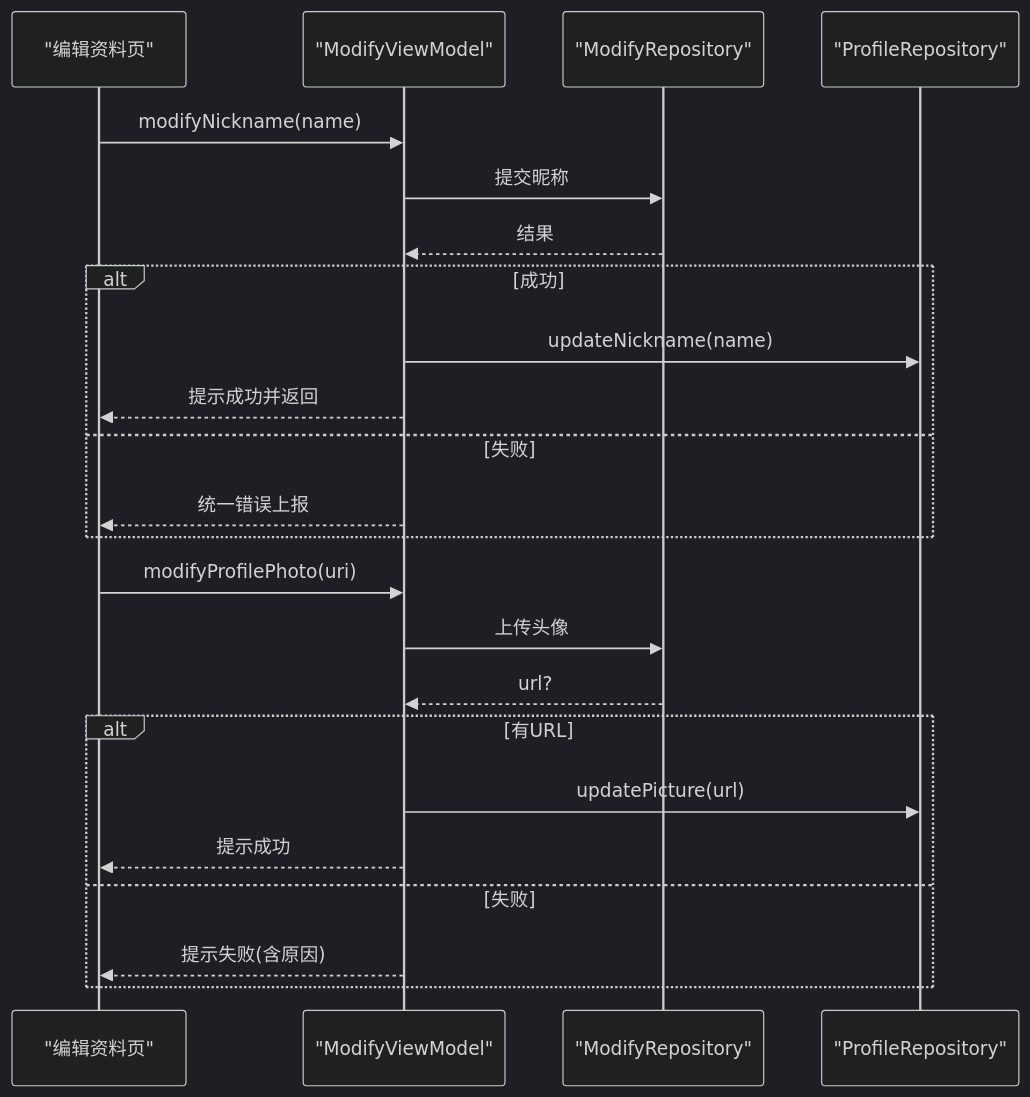
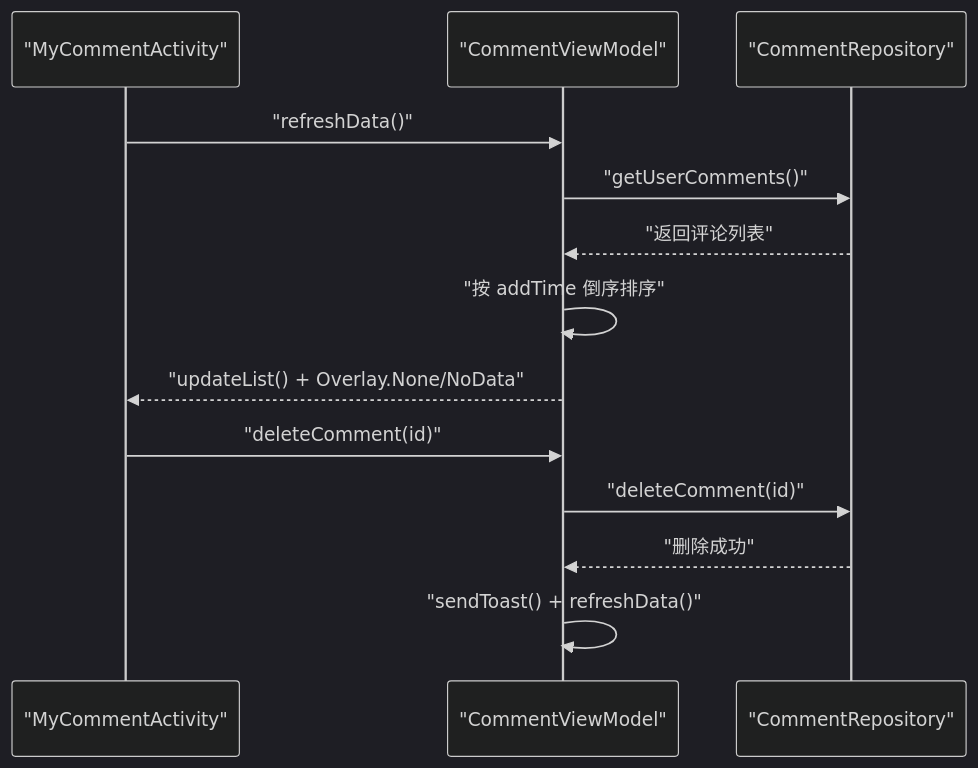
Before and after one commit to xrn1997/android-ebook: the seventh of 8 diagrams in .qoder/repowiki/zh/content/核心模块/个人中心模块 (module_me)/个人中心模块 (module_me).md, drawn with Mermaid (dark theme). The commit also changed other lines of this file and 456 other files, not shown here.

````diff
--- a/.qoder/repowiki/zh/content/核心模块/个人中心模块 (module_me)/个人中心模块 (module_me).md
+++ b/.qoder/repowiki/zh/content/核心模块/个人中心模块 (module_me)/个人中心模块 (module_me).md
@@ -250,27 +357,16 @@
 ```mermaid
 sequenceDiagram
-  participant UI as "编辑资料页"
-  participant VM as "ModifyViewModel"
-  participant Repo as "ModifyRepository"
-  participant PR as "ProfileRepository"
+    participant Page as "MyCommentActivity"
+    participant VM as "CommentViewModel"
+    participant Repo as "CommentRepository"
 
-  UI->>VM: modifyNickname(name)
-  VM->>Repo: 提交昵称
-  Repo-->>VM: 结果
-  alt 成功
-    VM->>PR: updateNickname(name)
-    VM-->>UI: 提示成功并返回
-  else 失败
-    VM-->>UI: 统一错误上报
-  end
-
-  UI->>VM: modifyProfilePhoto(uri)
-  VM->>Repo: 上传头像
-  Repo-->>VM: url?
-  alt 有URL
-    VM->>PR: updatePicture(url)
-    VM-->>UI: 提示成功
-  else 失败
-    VM-->>UI: 提示失败(含原因)
-  end
+    Page->>VM: "refreshData()"
+    VM->>Repo: "getUserComments()"
+    Repo-->>VM: "返回评论列表"
+    VM->>VM: "按 addTime 倒序排序"
+    VM-->>Page: "updateList() + Overlay.None/NoData"
+    Page->>VM: "deleteComment(id)"
+    VM->>Repo: "deleteComment(id)"
+    Repo-->>VM: "删除成功"
+    VM->>VM: "sendToast() + refreshData()"
 ```
````
